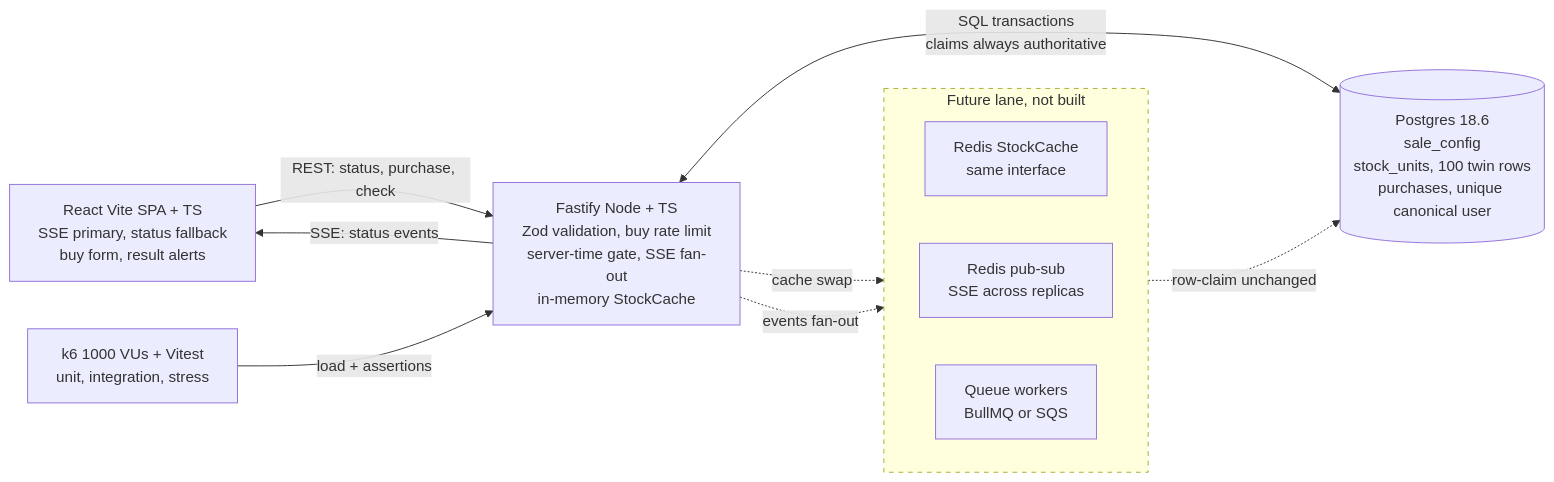
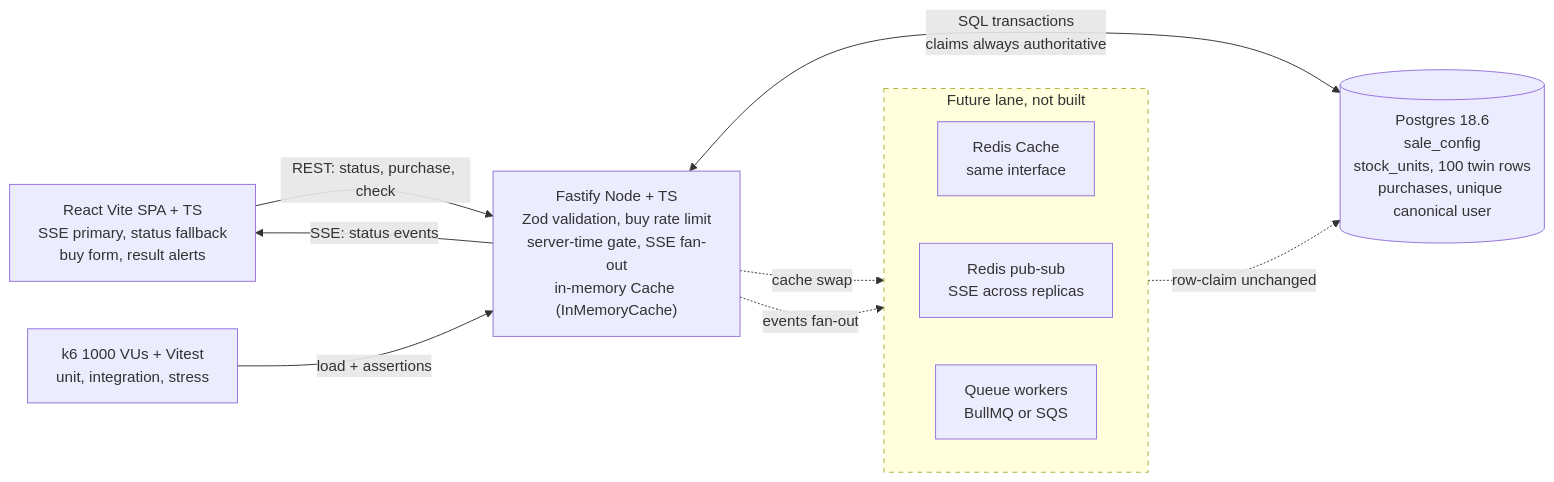
Before and after one commit to naufalmalikr/bookipi-flash-sale: the diagram in README.md, drawn with Mermaid. The commit also changed other lines of this file and 28 other files, not shown here.

````diff
--- a/README.md
+++ b/README.md
@@ -134,25 +134,25 @@
 ```mermaid
 flowchart LR
     FE["React Vite SPA + TS<br/>SSE primary, status fallback<br/>buy form, result alerts"]
-    BE["Fastify Node + TS<br/>Zod validation, buy rate limit<br/>server-time gate, SSE fan-out<br/>in-memory StockCache"]
+    BE["Fastify Node + TS<br/>Zod validation, buy rate limit<br/>server-time gate, SSE fan-out<br/>in-memory Cache (InMemoryCache)"]
     DB[("Postgres 18.6<br/>sale_config<br/>stock_units, 100 twin rows<br/>purchases, unique canonical user")]
     TEST["k6 1000 VUs + Vitest<br/>unit, integration, stress"]
 
     FE -->|"REST: status, purchase, check"| BE
     BE -->|"SSE: status events"| FE
     BE <-->|"SQL transactions<br/>claims always authoritative"| DB
     TEST -->|"load + assertions"| BE
 
     subgraph FUTURE["Future lane, not built"]
         direction LR
-        RC["Redis StockCache<br/>same interface"]
+        RC["Redis Cache<br/>same interface"]
         PS["Redis pub-sub<br/>SSE across replicas"]
         Q["Queue workers<br/>BullMQ or SQS"]
     end
 
     BE -.->|"cache swap"| RC
     BE -.->|"events fan-out"| PS
     Q -.->|"row-claim unchanged"| DB
 
     style FUTURE stroke-dasharray:5 5
 ```
````
